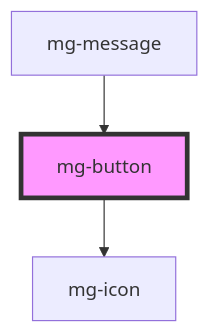
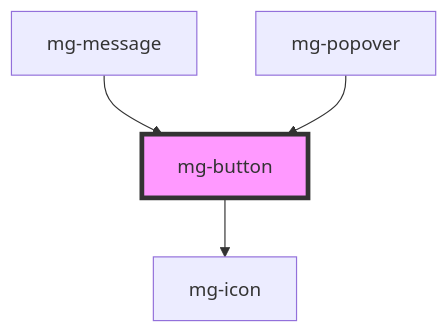
One commit to MGDIS/mg-components changed the diagram in src/components/atoms/mg-button/readme.md. Above: the diagram before and after it, drawn with Mermaid. The commit also changed other lines of this file and 31 other files, not shown here.

````diff
--- a/src/components/atoms/mg-button/readme.md
+++ b/src/components/atoms/mg-button/readme.md
@@ -29,6 +30,7 @@
 ```mermaid
 graph TD;
   mg-button --> mg-icon
   mg-message --> mg-button
+  mg-popover --> mg-button
   style mg-button fill:#f9f,stroke:#333,stroke-width:4px
 ```
````
